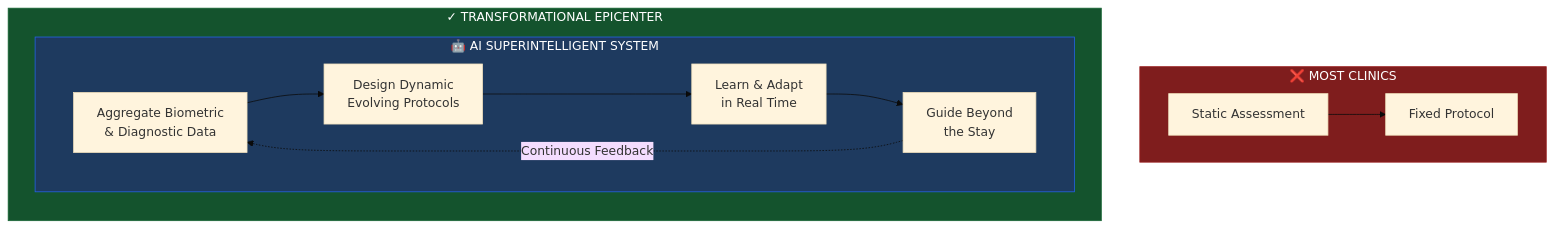
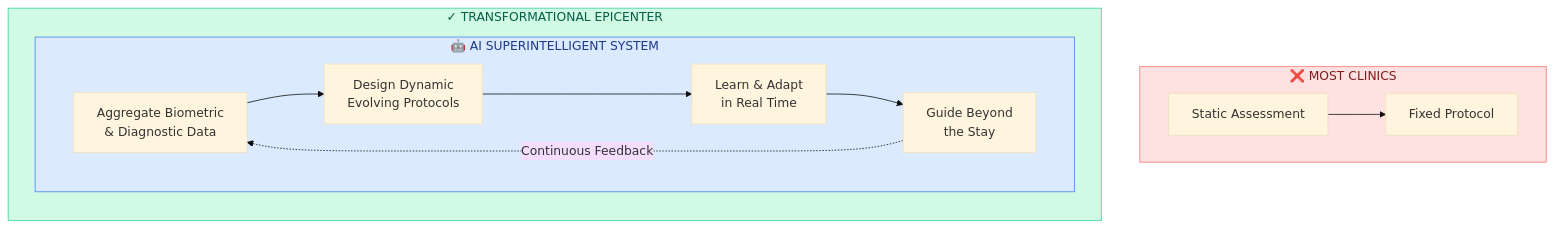
The fifth of 13 diagrams in docs/MARKET_RESEARCH.md (Light-Brands/epic-center), drawn with Mermaid (base theme) before and after one commit. The commit also changed other lines of this file, not shown here.

First line of the commit message:
docs: Update mermaid diagram colors to softer palette

````diff
--- a/docs/MARKET_RESEARCH.md
+++ b/docs/MARKET_RESEARCH.md
@@ -296,24 +296,24 @@
 ```mermaid
 flowchart TB
     subgraph COMPETITORS["❌ MOST CLINICS"]
         direction LR
         SA[Static Assessment] --> FP[Fixed Protocol]
     end
 
     subgraph EPICENTER["✓ TRANSFORMATIONAL EPICENTER"]
         direction TB
         subgraph AI["🤖 AI SUPERINTELLIGENT SYSTEM"]
             D[Aggregate Biometric<br/>& Diagnostic Data]
             E[Design Dynamic<br/>Evolving Protocols]
             L[Learn & Adapt<br/>in Real Time]
             G[Guide Beyond<br/>the Stay]
         end
 
         D --> E --> L --> G
         G -.->|Continuous Feedback| D
     end
 
-    style COMPETITORS fill:#7f1d1d,stroke:#991b1b,color:#fff
-    style EPICENTER fill:#14532d,stroke:#166534,color:#fff
-    style AI fill:#1e3a5f,stroke:#2563eb,color:#fff
+    style COMPETITORS fill:#fee2e2,stroke:#f87171,color:#7f1d1d
+    style EPICENTER fill:#d1fae5,stroke:#34d399,color:#065f46
+    style AI fill:#dbeafe,stroke:#3b82f6,color:#1e3a8a
 ```
````
